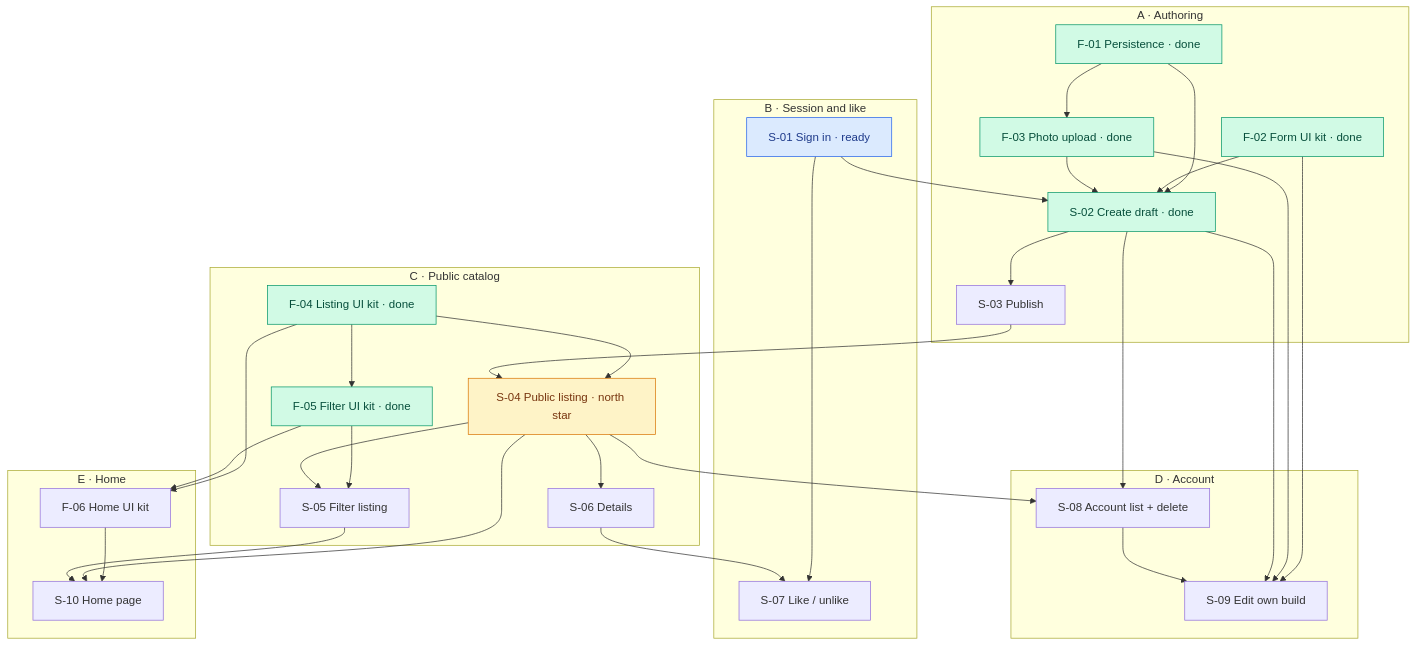
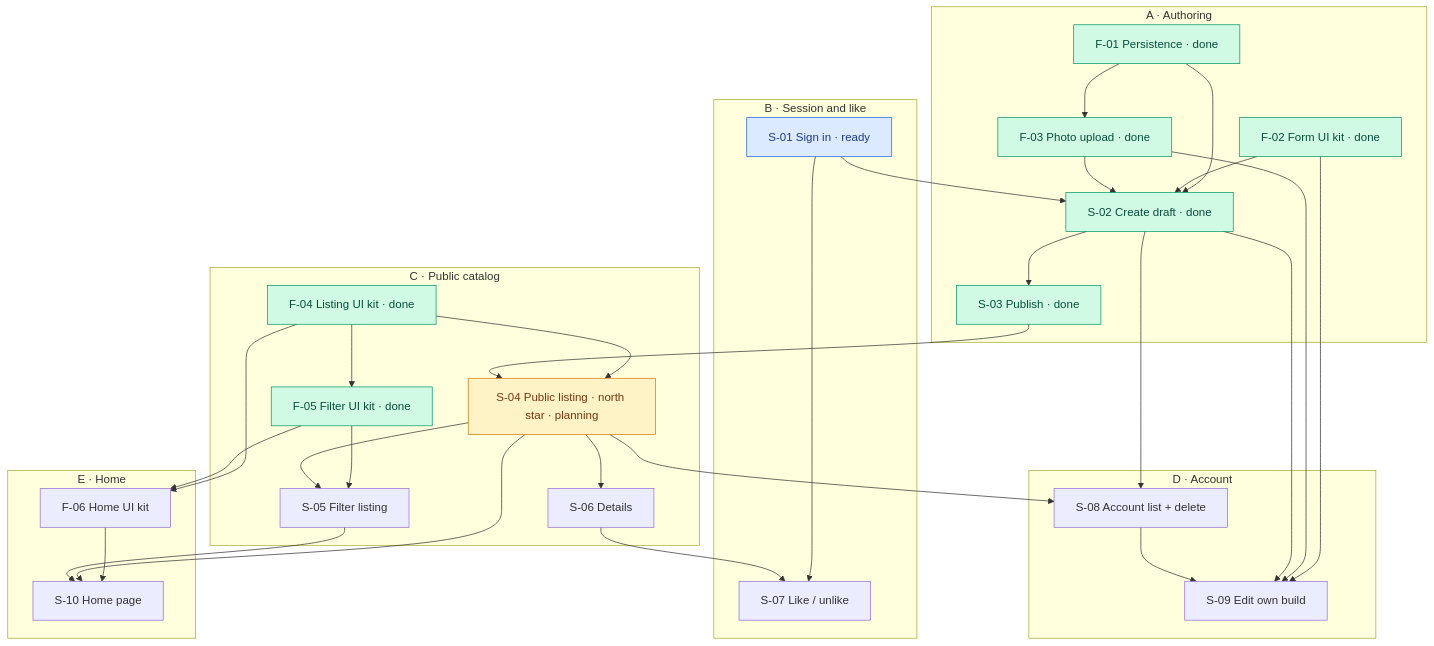
One commit to tofucode-dev/watch-bldrs changed the diagram in context/foundation/roadmap.md. Above: the diagram before and after it, drawn with Mermaid. The commit also changed other lines of this file, not shown here.

First line of the commit message:
docs(roadmap): restore YAML frontmatter and slice consistency

````diff
--- a/context/foundation/roadmap.md
+++ b/context/foundation/roadmap.md
@@ -83,66 +73,66 @@
 ```mermaid
 flowchart TB
   subgraph A["A · Authoring"]
     F01["F-01 Persistence · done"]
     F02["F-02 Form UI kit · done"]
     F03["F-03 Photo upload · done"]
     S02["S-02 Create draft · done"]
-    S03["S-03 Publish"]
+    S03["S-03 Publish · done"]
   end
 
   subgraph B["B · Session and like"]
     S01["S-01 Sign in · ready"]
     S07["S-07 Like / unlike"]
   end
 
   subgraph C["C · Public catalog"]
     F04["F-04 Listing UI kit · done"]
-    S04["S-04 Public listing · north star"]
+    S04["S-04 Public listing · north star · planning"]
     F05["F-05 Filter UI kit · done"]
     S05["S-05 Filter listing"]
     S06["S-06 Details"]
   end
 
   subgraph D["D · Account"]
     S08["S-08 Account list + delete"]
     S09["S-09 Edit own build"]
   end
 
   subgraph E["E · Home"]
     F06["F-06 Home UI kit"]
     S10["S-10 Home page"]
   end
 
   F01 --> F03
   F01 --> S02
   F02 --> S02
   F03 --> S02
   S01 --> S02
   S02 --> S03
   F04 --> S04
   S03 --> S04
   F04 --> F05
   F05 --> S05
   S04 --> S05
   S04 --> S06
   S01 --> S07
   S06 --> S07
   S02 --> S08
   S04 --> S08
   F02 --> S09
   F03 --> S09
   S02 --> S09
   S08 --> S09
   F04 --> F06
   F05 --> F06
   F06 --> S10
   S04 --> S10
   S05 --> S10
 
   classDef done fill:#d1fae5,stroke:#059669,color:#064e3b
   classDef ready fill:#dbeafe,stroke:#2563eb,color:#1e3a8a
   classDef north fill:#fef3c7,stroke:#d97706,color:#78350f
-  class F01,F02,F03,F04,F05,S02 done
+  class F01,F02,F03,F04,F05,S02,S03 done
   class S01 ready
   class S04 north
 ```
````
